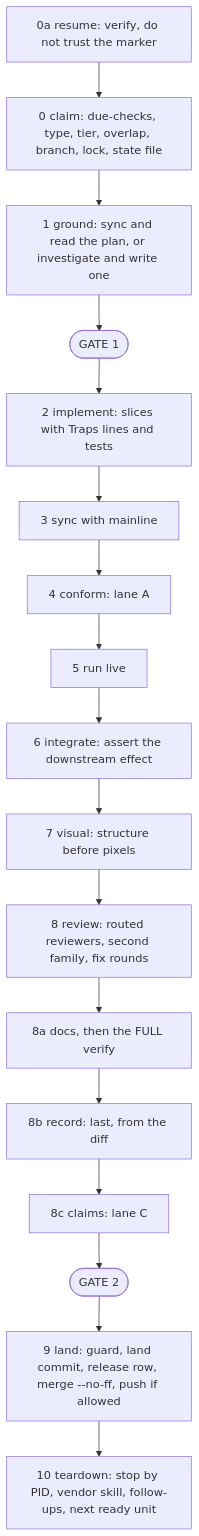
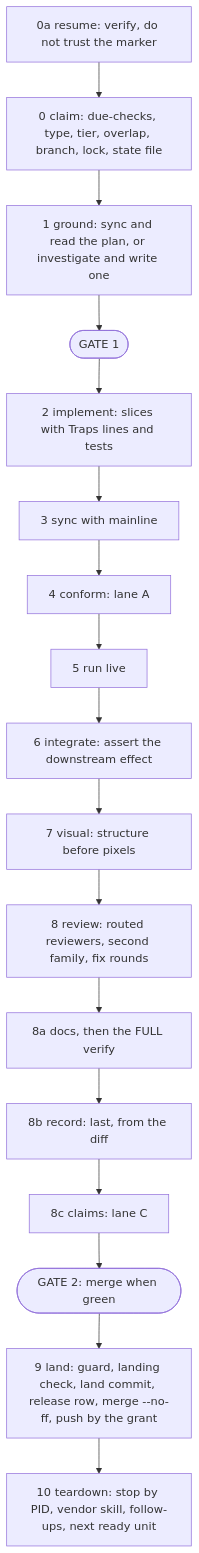
One commit to biji-dev/ecc-js changed the fourth of 5 diagrams in docs/HARNESS.md. Above: the diagram before and after it, drawn with Mermaid. The commit also changed other lines of this file, not shown here.

````diff
--- a/docs/HARNESS.md
+++ b/docs/HARNESS.md
@@ -589,19 +608,19 @@
 ```mermaid
 flowchart TD
   S0a["0a resume: verify, do not trust the marker"] --> S0["0 claim: due-checks, type, tier, overlap, branch, lock, state file"]
   S0 --> S1["1 ground: sync and read the plan, or investigate and write one"]
   S1 --> G1(["GATE 1"])
   G1 --> S2["2 implement: slices with Traps lines and tests"]
   S2 --> S3["3 sync with mainline"]
   S3 --> S4["4 conform: lane A"]
   S4 --> S5["5 run live"]
   S5 --> S6["6 integrate: assert the downstream effect"]
   S6 --> S7["7 visual: structure before pixels"]
   S7 --> S8["8 review: routed reviewers, second family, fix rounds"]
   S8 --> S8a["8a docs, then the FULL verify"]
   S8a --> S8b["8b record: last, from the diff"]
   S8b --> S8c["8c claims: lane C"]
-  S8c --> G2(["GATE 2"])
-  G2 --> S9["9 land: guard, land commit, release row, merge --no-ff, push if allowed"]
+  S8c --> G2(["GATE 2: merge when green"])
+  G2 --> S9["9 land: guard, landing check, land commit, release row, merge --no-ff, push by the grant"]
   S9 --> S10["10 teardown: stop by PID, vendor skill, follow-ups, next ready unit"]
 ```
````
